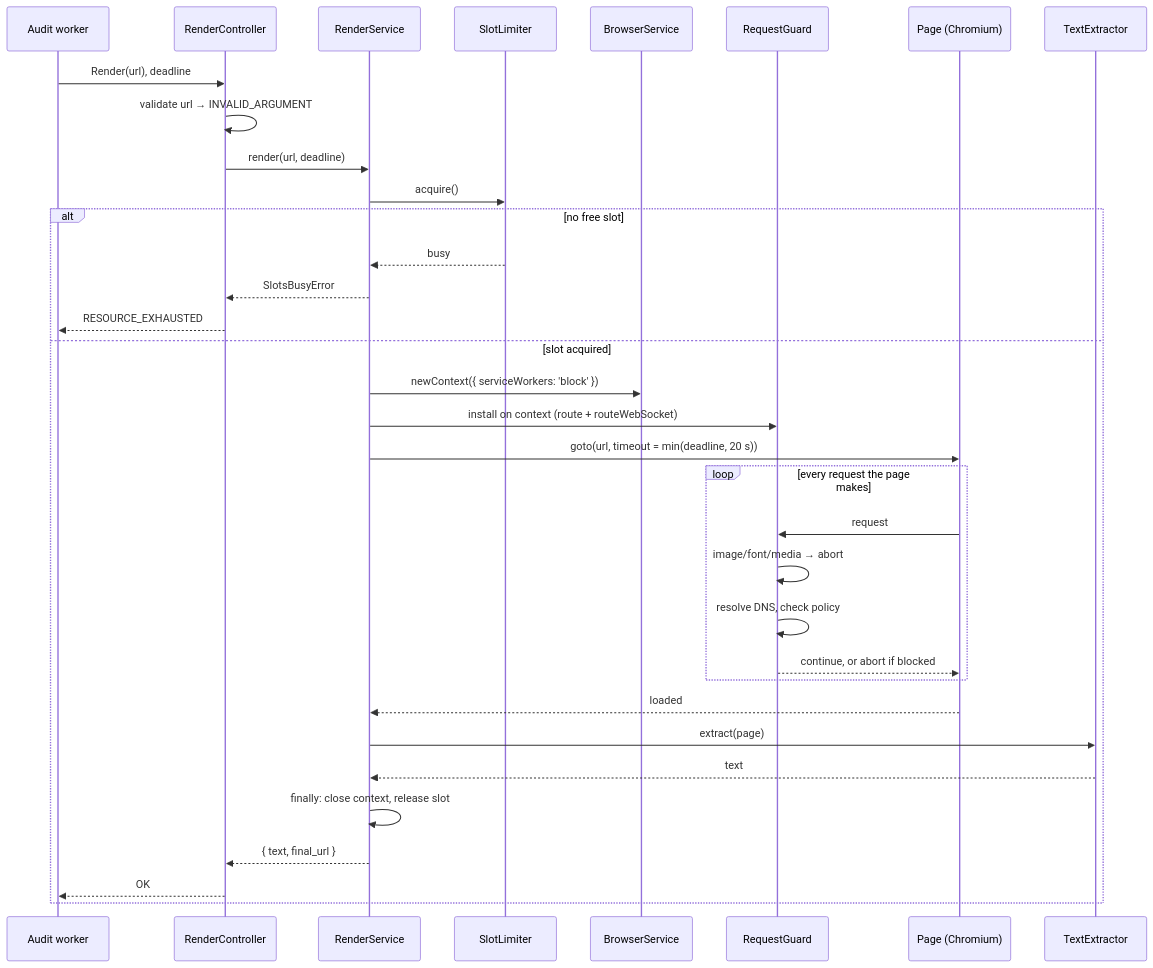
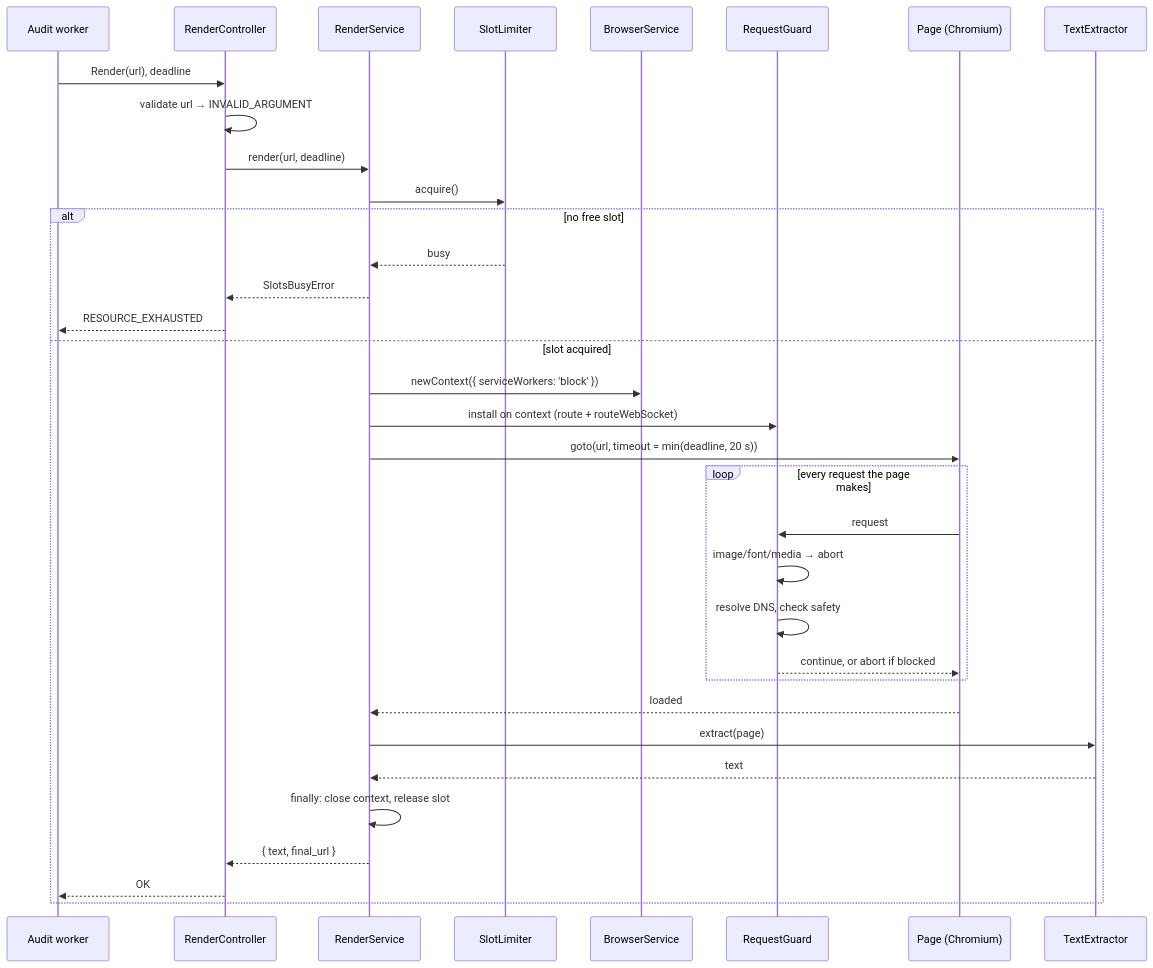
Before and after one commit to Luxion07/sitegap-renderer: the third of 5 diagrams in docs/ARCHITECTURE.md, drawn with Mermaid. The commit also changed other lines of this file and 2 other files, not shown here.

First line of the commit message:
docs(architecture): update safety component names and record redirect decision

````diff
--- a/docs/ARCHITECTURE.md
+++ b/docs/ARCHITECTURE.md
@@ -101,37 +105,37 @@
 ```mermaid
 sequenceDiagram
   participant W as Audit worker
   participant C as RenderController
   participant S as RenderService
   participant L as SlotLimiter
   participant B as BrowserService
   participant G as RequestGuard
   participant P as Page (Chromium)
   participant X as TextExtractor
 
   W->>C: Render(url), deadline
   C->>C: validate url → INVALID_ARGUMENT
   C->>S: render(url, deadline)
   S->>L: acquire()
   alt no free slot
     L-->>S: busy
     S-->>C: SlotsBusyError
     C-->>W: RESOURCE_EXHAUSTED
   else slot acquired
     S->>B: newContext({ serviceWorkers: 'block' })
     S->>G: install on context (route + routeWebSocket)
     S->>P: goto(url, timeout = min(deadline, 20 s))
     loop every request the page makes
       P->>G: request
       G->>G: image/font/media → abort
-      G->>G: resolve DNS, check policy
+      G->>G: resolve DNS, check safety
       G-->>P: continue, or abort if blocked
     end
     P-->>S: loaded
     S->>X: extract(page)
     X-->>S: text
     S->>S: finally: close context, release slot
     S-->>C: { text, final_url }
     C-->>W: OK
   end
 ```
````
